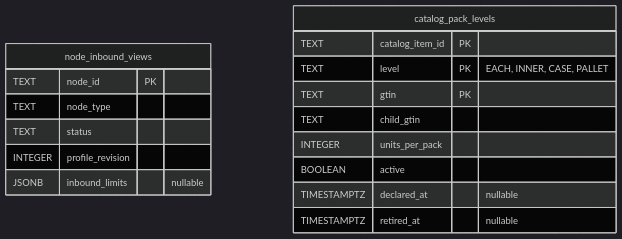
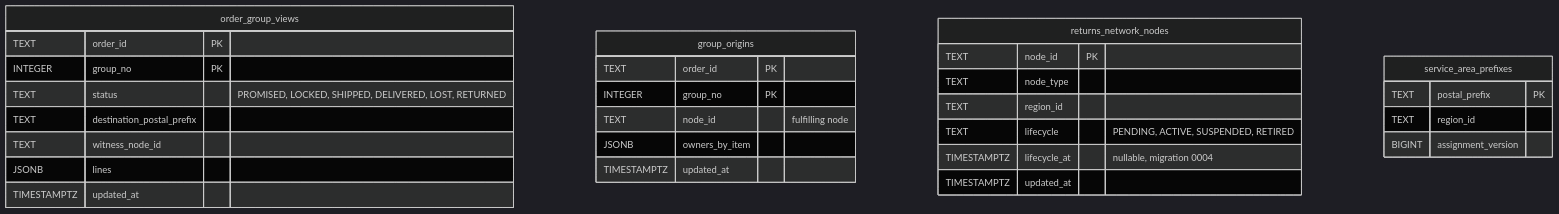
One commit to IQVO/customer-returns changed the second of 4 diagrams in docs/docs/ddd/entity-relationship.md. Above: the diagram before and after it, drawn with Mermaid (dark theme). The commit also changed other lines of this file and 17 other files, not shown here.

````diff
--- a/docs/docs/ddd/entity-relationship.md
+++ b/docs/docs/ddd/entity-relationship.md
@@ -72,20 +54,32 @@
 ```mermaid
 erDiagram
-    node_inbound_views {
+    order_group_views {
+        TEXT order_id PK
+        INTEGER group_no PK
+        TEXT status "PROMISED, LOCKED, SHIPPED, DELIVERED, LOST, RETURNED"
+        TEXT destination_postal_prefix
+        TEXT witness_node_id
+        JSONB lines
+        TIMESTAMPTZ updated_at
+    }
+    group_origins {
+        TEXT order_id PK
+        INTEGER group_no PK
+        TEXT node_id "fulfilling node"
+        JSONB owners_by_item
+        TIMESTAMPTZ updated_at
+    }
+    returns_network_nodes {
         TEXT node_id PK
         TEXT node_type
-        TEXT status
-        INTEGER profile_revision
-        JSONB inbound_limits "nullable"
+        TEXT region_id
+        TEXT lifecycle "PENDING, ACTIVE, SUSPENDED, RETIRED"
+        TIMESTAMPTZ lifecycle_at "nullable, migration 0004"
+        TIMESTAMPTZ updated_at
     }
-    catalog_pack_levels {
-        TEXT catalog_item_id PK
-        TEXT level PK "EACH, INNER, CASE, PALLET"
-        TEXT gtin PK
-        TEXT child_gtin
-        INTEGER units_per_pack
-        BOOLEAN active
-        TIMESTAMPTZ declared_at "nullable"
-        TIMESTAMPTZ retired_at "nullable"
+    service_area_prefixes {
+        TEXT postal_prefix PK
+        TEXT region_id
+        BIGINT assignment_version
     }
 ```
````
